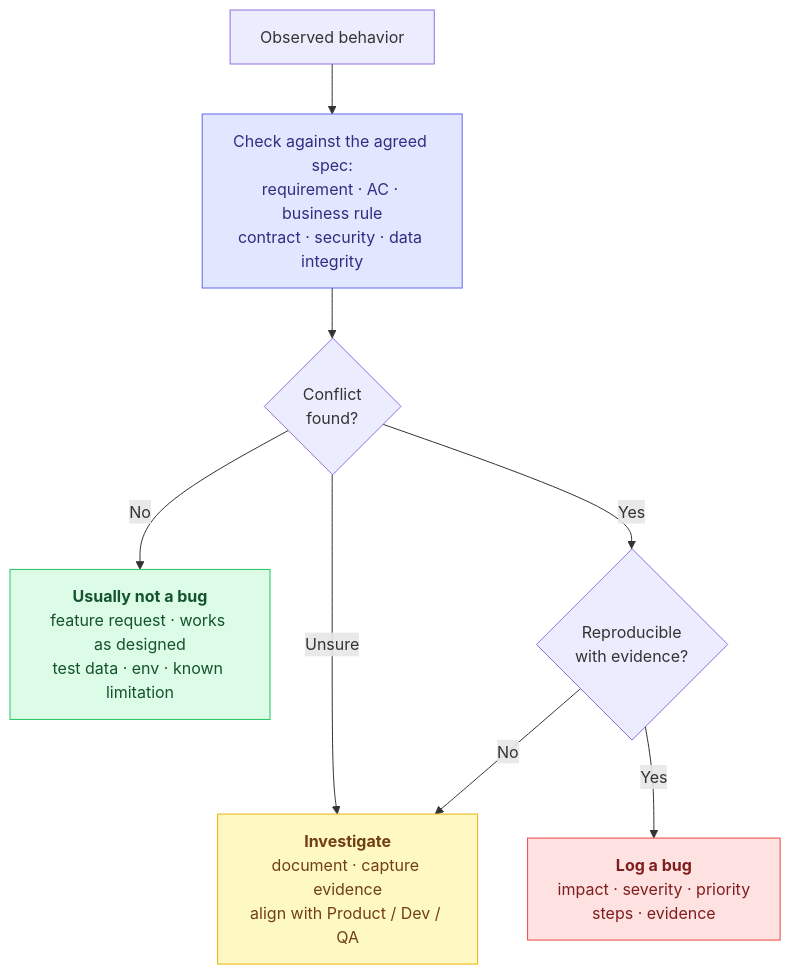
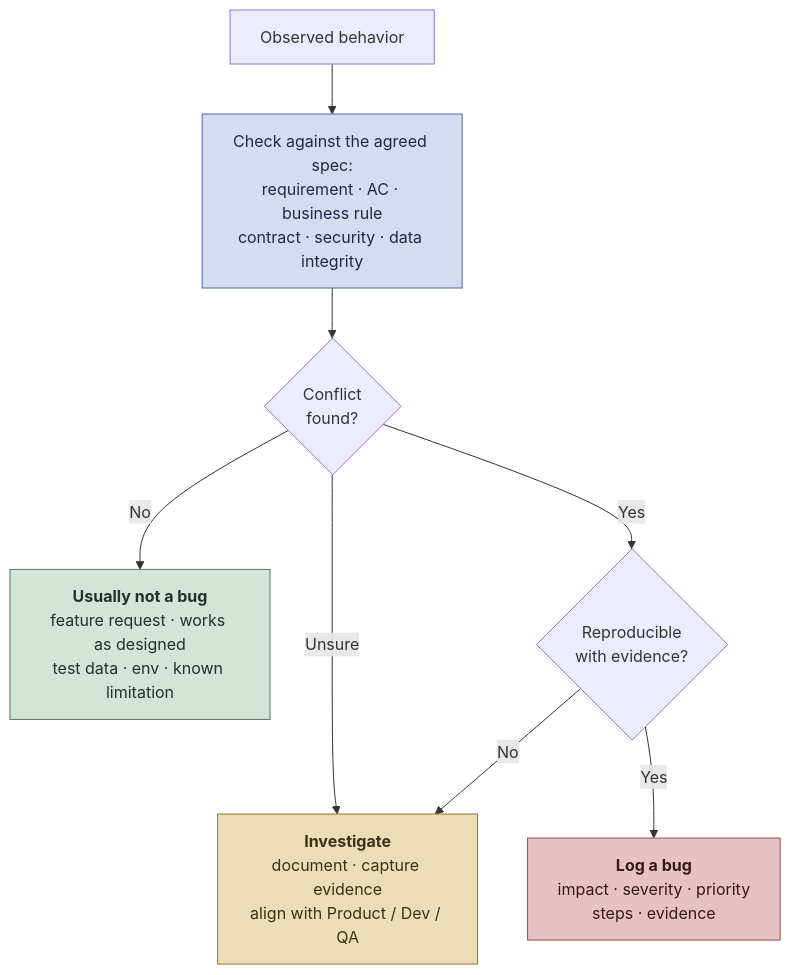
The second of 2 diagrams in 02-during-development.md (paulamarcondes/QA_Playbook), drawn with Mermaid before and after one commit. The commit also changed other lines of this file and 3 other files, not shown here.

First line of the commit message:
Apply Deeper Nordic palette to Mermaid diagrams

````diff
--- a/02-during-development.md
+++ b/02-during-development.md
@@ -210,14 +210,14 @@
 ```mermaid
 flowchart TD
     O["Observed behavior"] --> C["Check against the agreed spec:<br/>requirement · AC · business rule<br/>contract · security · data integrity"]:::check
     C --> Q1{"Conflict<br/>found?"}
     Q1 -->|No| N["<b>Usually not a bug</b><br/>feature request · works as designed<br/>test data · env · known limitation"]:::no
     Q1 -->|Unsure| U["<b>Investigate</b><br/>document · capture evidence<br/>align with Product / Dev / QA"]:::wait
     Q1 -->|Yes| Q2{"Reproducible<br/>with evidence?"}
     Q2 -->|No| U
     Q2 -->|Yes| B["<b>Log a bug</b><br/>impact · severity · priority<br/>steps · evidence"]:::bug
-    classDef check fill:#e0e7ff,stroke:#6366f1,color:#312e81;
-    classDef bug  fill:#fee2e2,stroke:#ef4444,color:#7f1d1d;
-    classDef no   fill:#dcfce7,stroke:#22c55e,color:#14532d;
-    classDef wait fill:#fef9c3,stroke:#eab308,color:#713f12;
+    classDef check fill:#d4dcf0,stroke:#51689c,color:#20284a;
+    classDef bug  fill:#e6c2c4,stroke:#9c4a4f,color:#38191b;
+    classDef no   fill:#d4e4d8,stroke:#4f7a63,color:#1f3329;
+    classDef wait fill:#ecdcb8,stroke:#997327,color:#3d3115;
 ```
````
